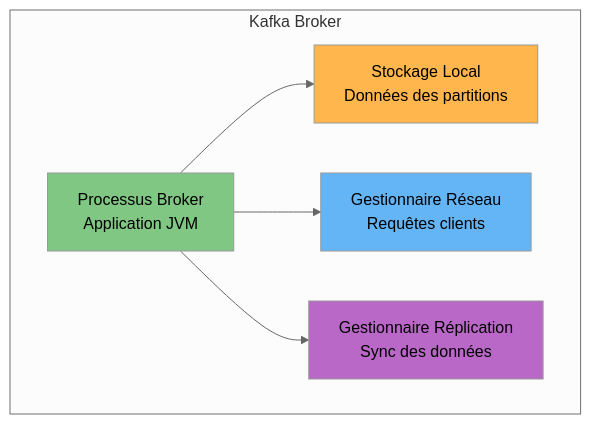
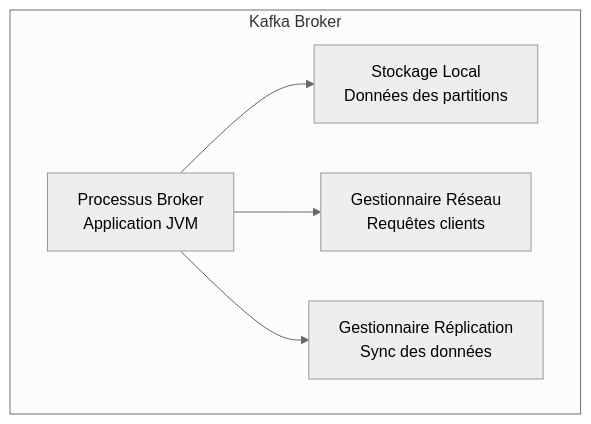
Diagram 14 of 26 in docs/tutorials/kafka-getting-started.fr.md (mombe090/techdocs), drawn with Mermaid (neutral theme) before and after one commit. The commit also changed other lines of this file and 11 other files, not shown here.

First line of the commit message:
style: remove hardcoded Mermaid diagram colors for dark mode compatibility

````diff
--- a/docs/tutorials/kafka-getting-started.fr.md
+++ b/docs/tutorials/kafka-getting-started.fr.md
@@ -442,14 +404,10 @@
 ```mermaid
 graph TB
     subgraph "Kafka Broker"
     B[Processus Broker<br/>Application JVM]
     B --> S[Stockage Local<br/>Données des partitions]
     B --> N[Gestionnaire Réseau<br/>Requêtes clients]
     B --> R[Gestionnaire Réplication<br/>Sync des données]
     end
 
-    style B fill:#81c784
-    style S fill:#ffb74d
-    style N fill:#64b5f6
-    style R fill:#ba68c8
 ```
````
